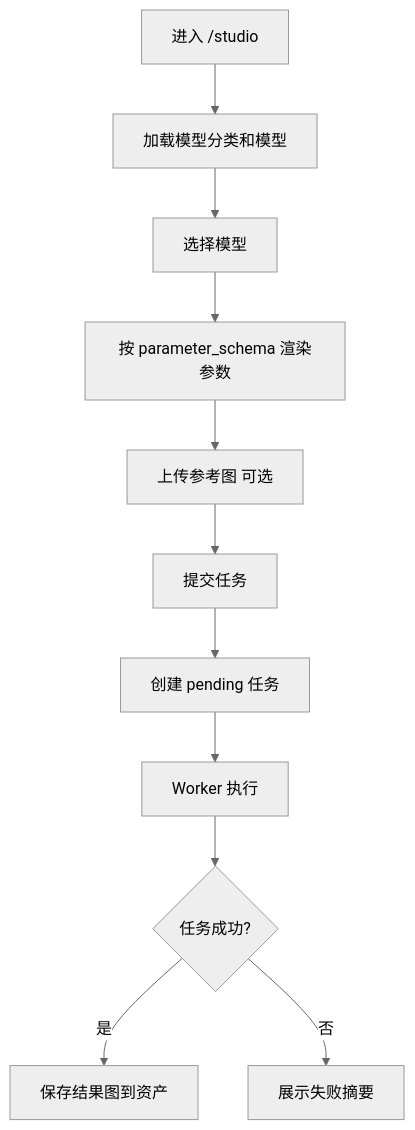
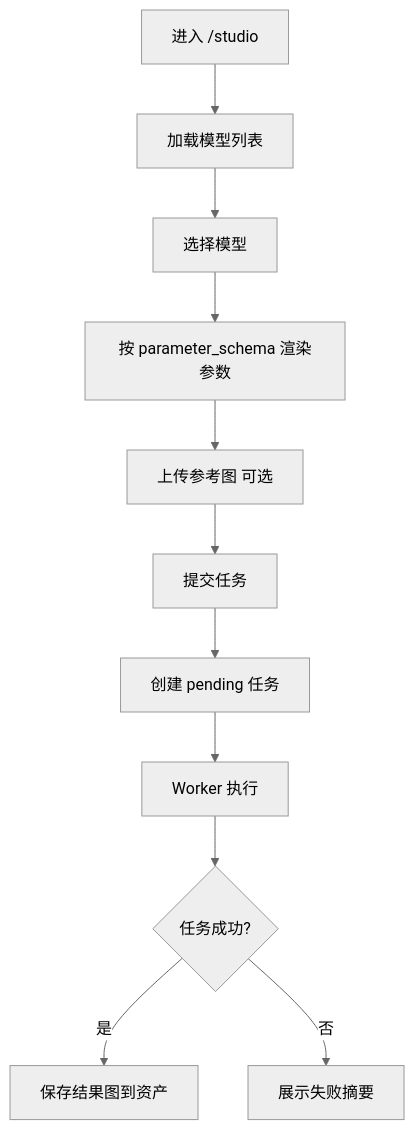
The second of 3 diagrams in docs/06-dreamstudio-v1-ia-and-roadmap.md (CrazyCherrys/DreamStudio), drawn with Mermaid (neutral theme) before and after one commit. The commit also changed other lines of this file and 38 other files, not shown here.

````diff
--- a/docs/06-dreamstudio-v1-ia-and-roadmap.md
+++ b/docs/06-dreamstudio-v1-ia-and-roadmap.md
@@ -723,13 +716,13 @@
 ```mermaid
 flowchart TD
-  A["进入 /studio"] --> B["加载模型分类和模型"]
+  A["进入 /studio"] --> B["加载模型列表"]
   B --> C["选择模型"]
   C --> D["按 parameter_schema 渲染参数"]
   D --> E["上传参考图 可选"]
   E --> F["提交任务"]
   F --> G["创建 pending 任务"]
   G --> H["Worker 执行"]
   H --> I{"任务成功?"}
   I -- "是" --> J["保存结果图到资产"]
   I -- "否" --> K["展示失败摘要"]
 ```
````
